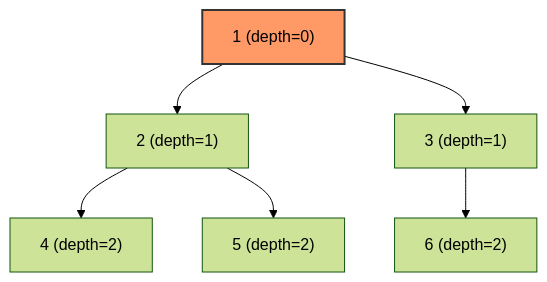
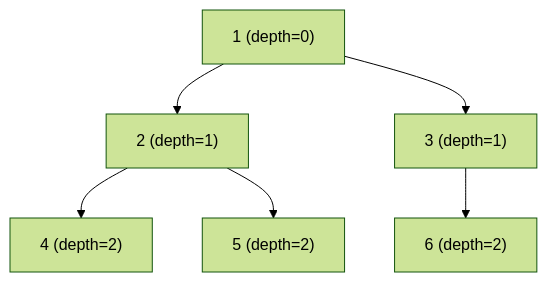
Before and after one commit to FPTOJ-OJ/fptoj_wiki: the second of 2 diagrams in docs/lessons/euler-tour-tree.md, drawn with Mermaid (forest theme). The commit also changed other lines of this file and 18 other files, not shown here.

First line of the commit message:
fix: LaTeX errors, mermaid theme switching, remove custom colors

````diff
--- a/docs/lessons/euler-tour-tree.md
+++ b/docs/lessons/euler-tour-tree.md
@@ -679,10 +678,10 @@
 ```mermaid
 graph TD
     R["1 (depth=0)"] --> A["2 (depth=1)"]
     R --> B["3 (depth=1)"]
     A --> C["4 (depth=2)"]
     A --> D["5 (depth=2)"]
     B --> E["6 (depth=2)"]
 
-    style R fill:#f96,stroke:#333,stroke-width:2px
+
 ```
````
